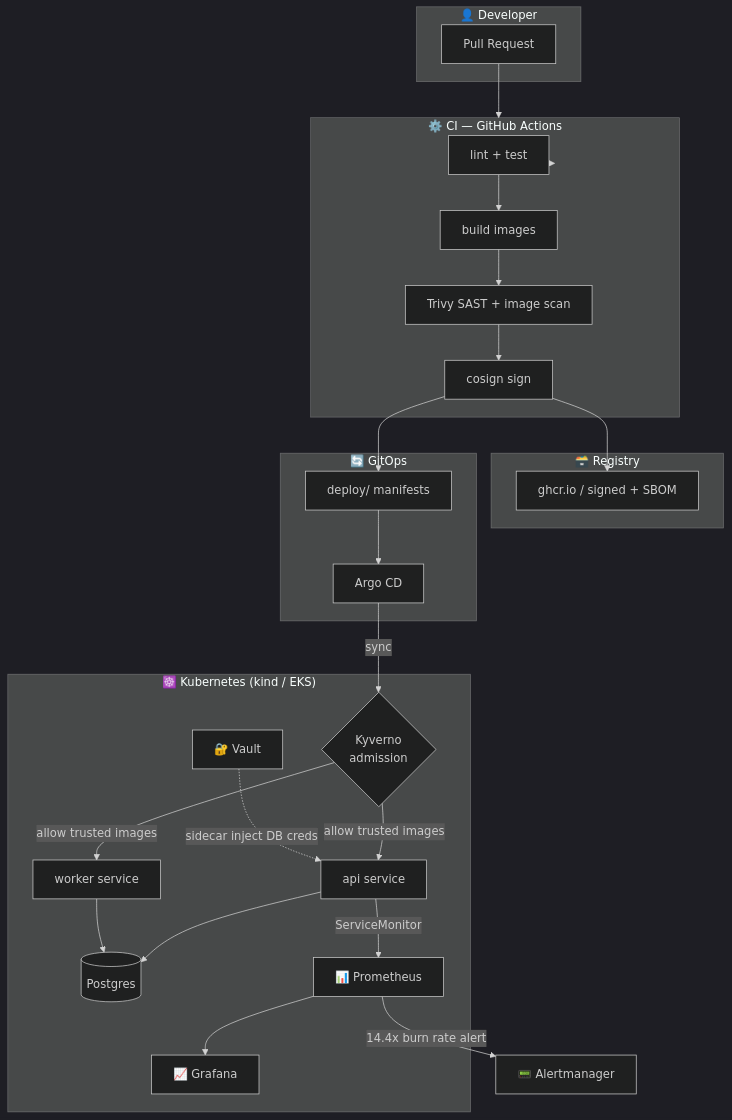
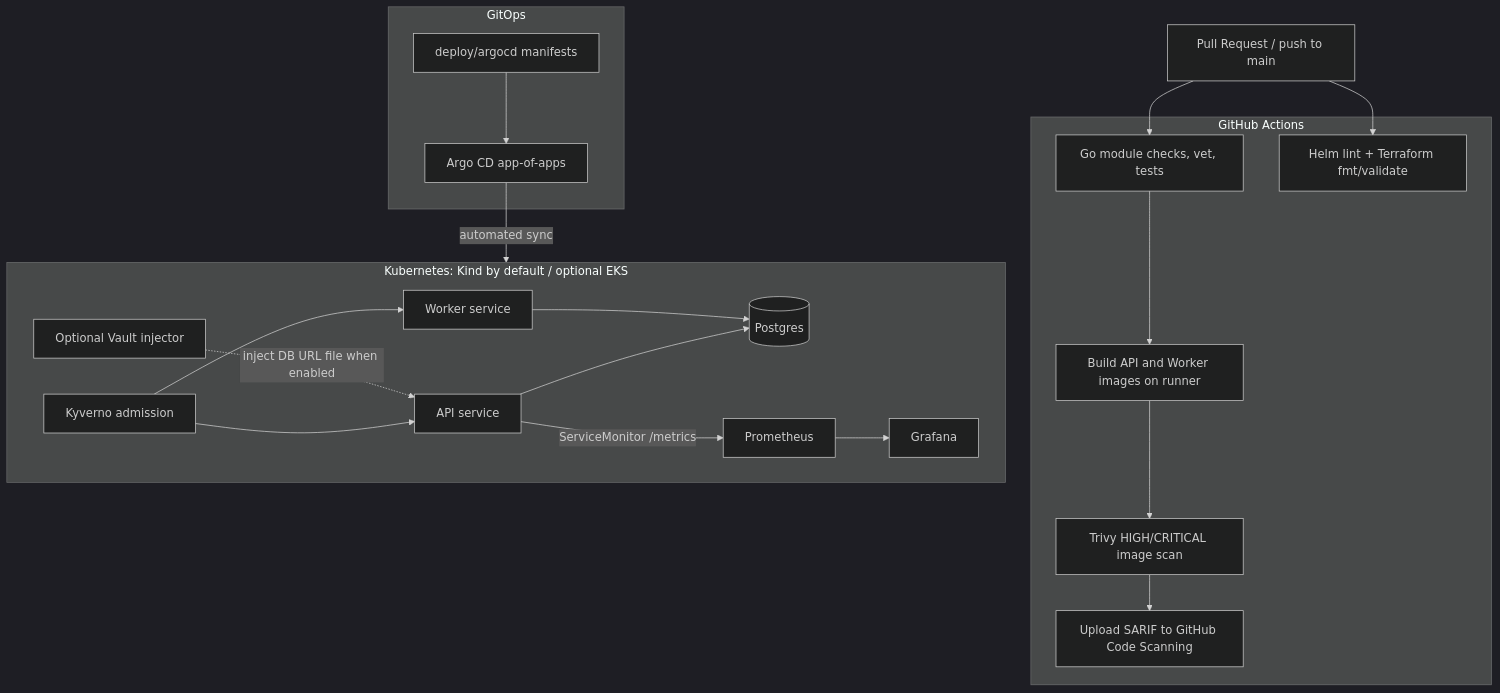
Before and after one commit to JOSH801251/devsecops-platform: the diagram in README.md, drawn with Mermaid (dark theme). The commit also changed other lines of this file and 9 other files, not shown here.

````diff
--- a/README.md
+++ b/README.md
@@ -18,46 +18,42 @@
-```mermaid
+~~~mermaid
 flowchart TB
-    subgraph Dev["👤 Developer"]
-      PR[Pull Request]
+    PR[Pull Request / push to main]
+
+    subgraph CI["GitHub Actions"]
+      Go[Go module checks, vet, tests]
+      Infra[Helm lint + Terraform fmt/validate]
+      Build[Build API and Worker images on runner]
+      Scan[Trivy HIGH/CRITICAL image scan]
+      Report[Upload SARIF to GitHub Code Scanning]
     end
 
-    subgraph CI["⚙️ CI — GitHub Actions"]
-      Lint[lint + test]
-      Build[build images]
-      Scan[Trivy SAST + image scan]
-      Sign[cosign sign]
+    PR --> Go
+    PR --> Infra
+    Go --> Build --> Scan --> Report
+
+    subgraph GitOps["GitOps"]
+      Repo[deploy/argocd manifests]
+      Argo[Argo CD app-of-apps]
     end
 
-    subgraph Registry["🗃️ Registry"]
-      GHCR[ghcr.io / signed + SBOM]
+    Repo --> Argo
+    Argo -->|automated sync| K8s
+
+    subgraph K8s["Kubernetes: Kind by default / optional EKS"]
+      Admission[Kyverno admission]
+      API[API service]
+      Worker[Worker service]
+      PG[(Postgres)]
+      Vault[Optional Vault injector]
+      Prom[Prometheus]
+      Graf[Grafana]
     end
 
-    subgraph GitOps["🔄 GitOps"]
-      Repo[deploy/ manifests]
-      Argo[Argo CD]
-    end
-
-    subgraph K8s["☸️ Kubernetes (kind / EKS)"]
-      Adm{Kyverno<br/>admission}
-      API[api service]
-      Worker[worker service]
-      PG[(Postgres)]
-      Vault[🔐 Vault]
-      Prom[📊 Prometheus]
-      Graf[📈 Grafana]
-    end
-
-    PR --> CI
-    CI --> Lint --> Build --> Scan --> Sign --> GHCR
-    Sign --> Repo
-    Repo --> Argo
-    Argo -->|sync| Adm
-    Adm -->|allow trusted images| API
-    Adm -->|allow trusted images| Worker
-    Vault -.->|sidecar inject DB creds| API
+    Admission --> API
+    Admission --> Worker
     API --> PG
     Worker --> PG
-    API -->|ServiceMonitor| Prom
+    Vault -.->|inject DB URL file when enabled| API
+    API -->|ServiceMonitor /metrics| Prom
     Prom --> Graf
-    Prom -->|14.4x burn rate alert| Alert[📟 Alertmanager]
-```
+~~~
````
